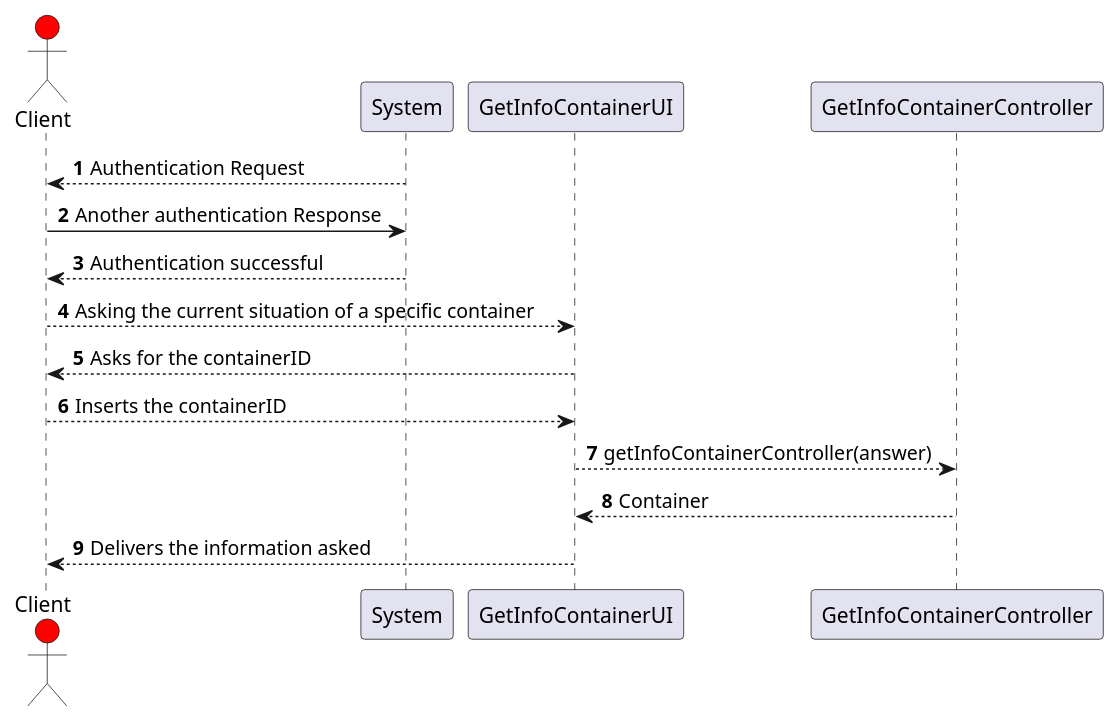
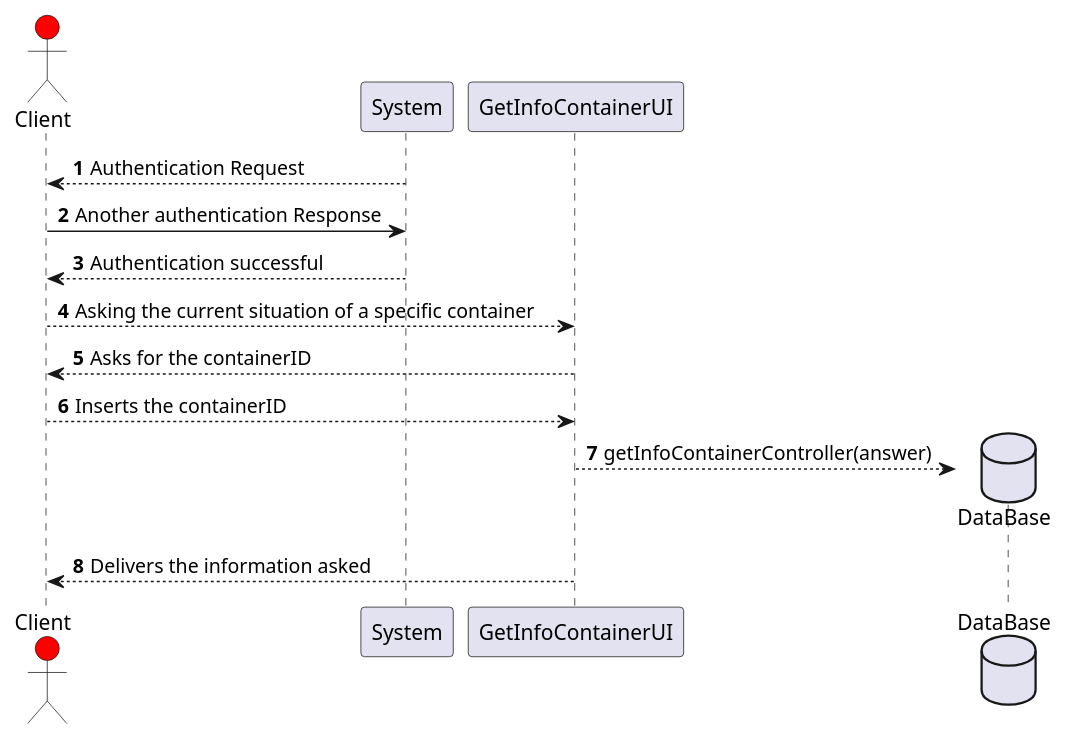
One commit to LourencoMelo/ISEP-LAPR3-ESINF changed the diagram in Docs/Sprint2/US204/sd.puml. Above: the diagram before and after it, drawn with PlantUML. The commit also changed 23 other files, not shown here.

```diff
--- a/Docs/Sprint2/US204/sd.puml
+++ b/Docs/Sprint2/US204/sd.puml
@@ -1,17 +1,17 @@
 @startuml
 
 autonumber
 
 actor Client #red
 
 System --> Client: Authentication Request
 Client -> System : Another authentication Response
 System --> Client : Authentication successful
 Client --> GetInfoContainerUI : Asking the current situation of a specific container
 GetInfoContainerUI --> Client : Asks for the containerID
 Client --> GetInfoContainerUI : Inserts the containerID
-GetInfoContainerUI --> GetInfoContainerController : getInfoContainerController(answer)
-GetInfoContainerController --> GetInfoContainerUI : Container
+database       "DataBase"              as db
+GetInfoContainerUI --> db** : getInfoContainerController(answer)
 GetInfoContainerUI --> Client : Delivers the information asked
 
 @enduml
```
